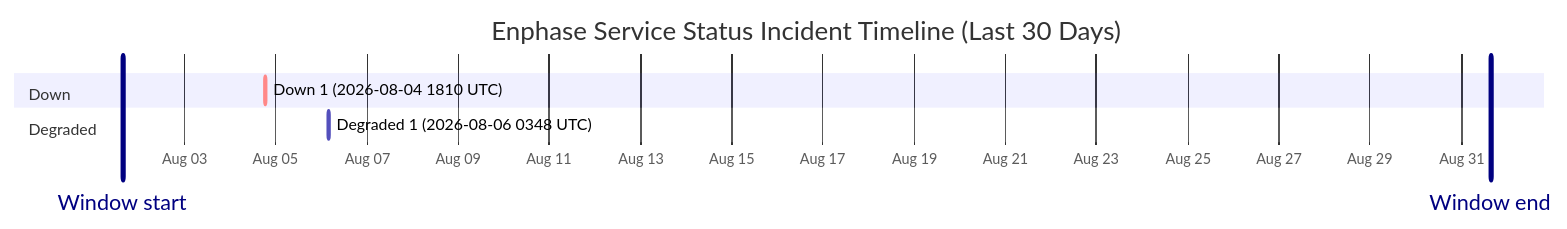
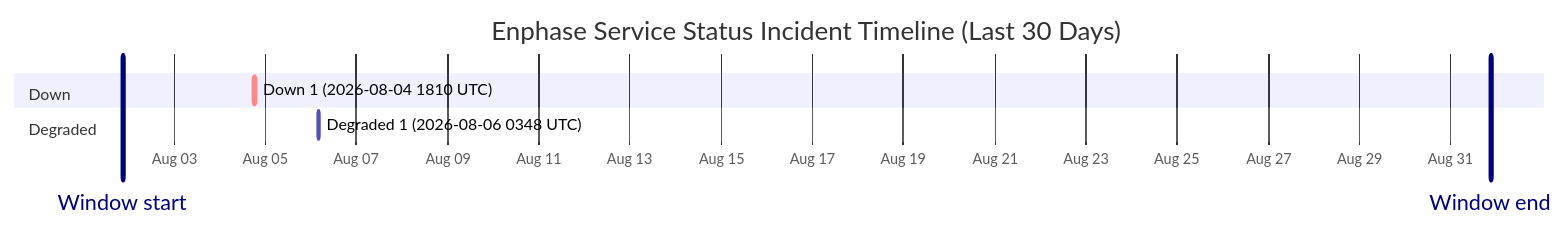
The diagram in wiki/Service-Status-History.md (barneyonline/ha-enphase-energy), drawn with Mermaid before and after one commit. The commit also changed other lines of this file and 3 other files, not shown here.

````diff
--- a/wiki/Service-Status-History.md
+++ b/wiki/Service-Status-History.md
@@ -14,12 +14,12 @@
 ```mermaid
 gantt
     title Enphase Service Status Incident Timeline (Last 30 Days)
     dateFormat  YYYY-MM-DDTHH:mm:ss
     axisFormat  %b %d
-    Window start :vert, window-start, 2026-08-01T15:17:48, 0ms
-    Window end :vert, window-end, 2026-08-31T15:17:48, 0ms
+    Window start :vert, window-start, 2026-08-01T20:57:51, 0ms
+    Window end :vert, window-end, 2026-08-31T20:57:51, 0ms
     section Down
     Down 1 (2026-08-04 1810 UTC) :crit, down-1, 2026-08-04T18:10:46, 60m
     section Degraded
     Degraded 1 (2026-08-06 0348 UTC) :active, degraded-1, 2026-08-06T03:48:14, 60m
 ```
````
